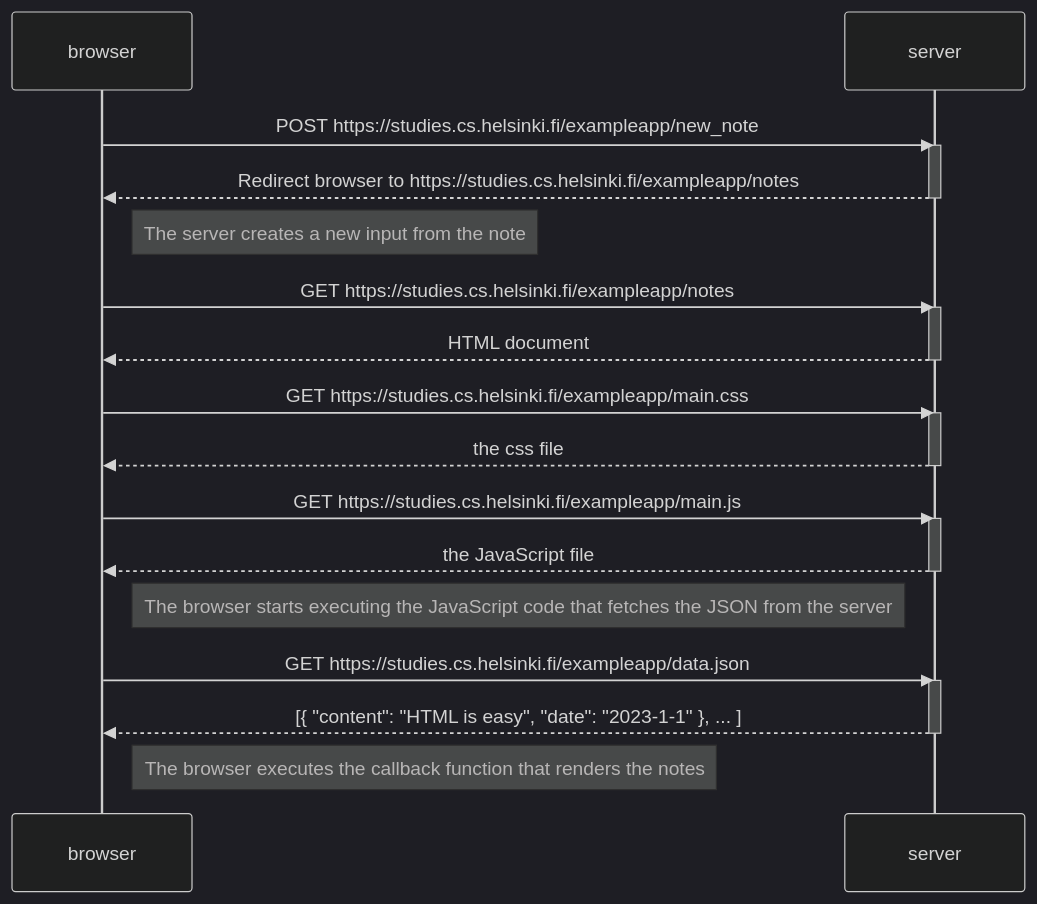
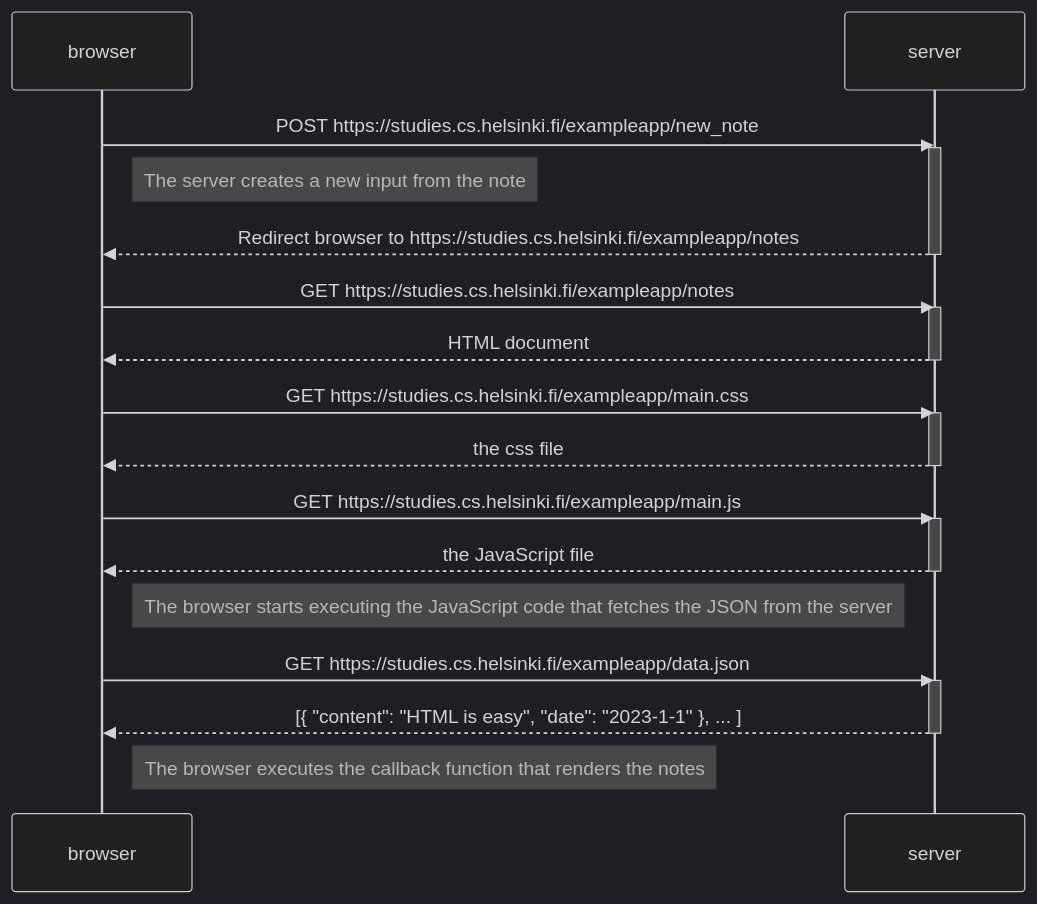
The diagram in osa0/0,4.md (akuraunio/fullstack-hy-palautus), drawn with Mermaid (dark theme) before and after one commit.

````diff
--- a/osa0/0,4.md
+++ b/osa0/0,4.md
@@ -1,36 +1,38 @@
 ```mermaid
 sequenceDiagram
     participant browser
     participant server
 
     browser->>server: POST https://studies.cs.helsinki.fi/exampleapp/new_note
     activate server
+
+    Note right of browser: The server creates a new input from the note
+
     server-->>browser: Redirect browser to https://studies.cs.helsinki.fi/exampleapp/notes
     deactivate server
 
-    Note right of browser: The server creates a new input from the note
 
     browser->>server: GET https://studies.cs.helsinki.fi/exampleapp/notes
     activate server
     server-->>browser: HTML document
     deactivate server
     
     browser->>server: GET https://studies.cs.helsinki.fi/exampleapp/main.css
     activate server
     server-->>browser: the css file
     deactivate server
     
     browser->>server: GET https://studies.cs.helsinki.fi/exampleapp/main.js
     activate server
     server-->>browser: the JavaScript file
     deactivate server
     
     Note right of browser: The browser starts executing the JavaScript code that fetches the JSON from the server
     
     browser->>server: GET https://studies.cs.helsinki.fi/exampleapp/data.json
     activate server
     server-->>browser: [{ "content": "HTML is easy", "date": "2023-1-1" }, ... ]
     deactivate server    
 
     Note right of browser: The browser executes the callback function that renders the notes 
 ```
````
